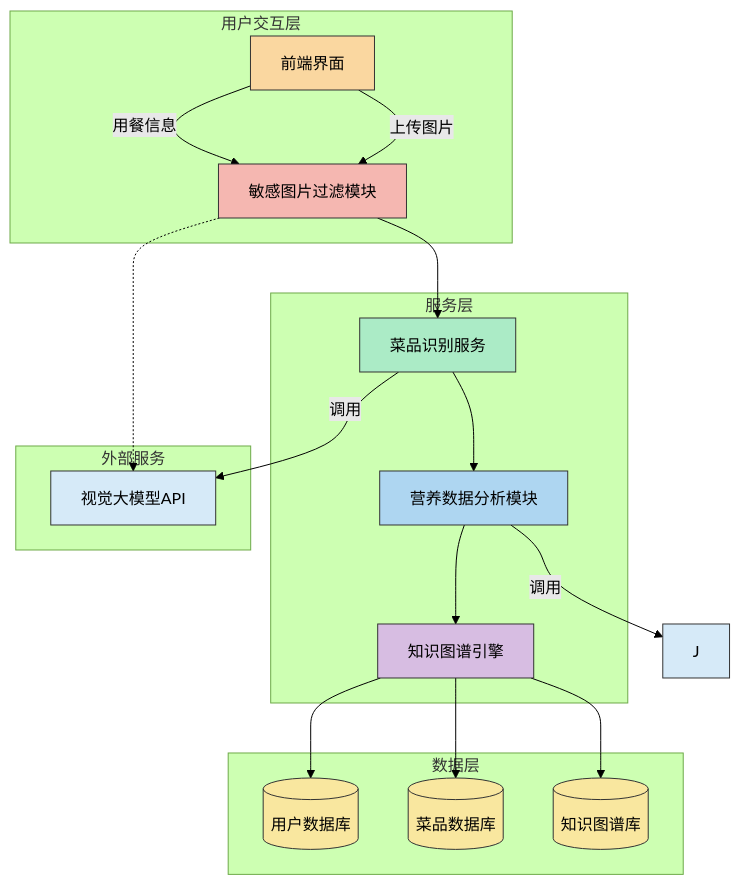
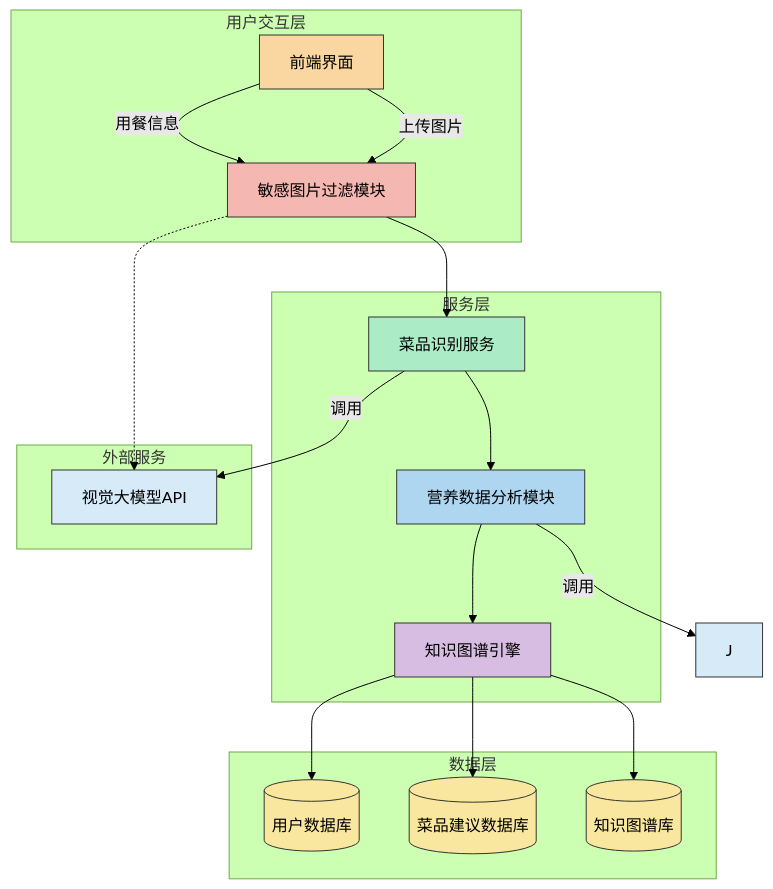
One commit to funnyData/iodraw-files changed the diagram in all/未命名-1.md. Above: the diagram before and after it, drawn with Mermaid (forest theme).

Commit message:
2025-03-19 16:51:21 update

````diff
--- a/all/未命名-1.md
+++ b/all/未命名-1.md
@@ -1,39 +1,38 @@
 ```mermaid
 %% 系统架构图（基于网页1/3/4/6的流程图语法优化）
 flowchart TD
     subgraph 用户交互层
         A[前端界面] -->|用餐信息| B[敏感图片过滤模块]
         style A fill:#FAD7A0,stroke:#333
         style B fill:#F5B7B1,stroke:#333
     end
 
     subgraph 服务层
         B --> C[菜品识别服务]
         C --> D[营养数据分析模块]
         D --> E[知识图谱引擎]
         style C fill:#ABEBC6,stroke:#333
         style D fill:#AED6F1,stroke:#333
         style E fill:#D7BDE2,stroke:#333
     end
 
     subgraph 数据层
         E --> F[(用户数据库)]
-        E --> G[(菜品数据库)]
+        E --> G[(菜品建议数据库)]
         E --> H[(知识图谱库)]
         style F fill:#F9E79F,stroke:#333,shape:cylinder
         style G fill:#F9E79F,stroke:#333,shape:cylinder
         style H fill:#F9E79F,stroke:#333,shape:cylinder
     end
 
     subgraph 外部服务
         B -.-> I[视觉大模型API]
-
         style I fill:#D6EAF8,stroke:#333
         style J fill:#D6EAF8,stroke:#333
     end
 
 
     A -->|上传图片| B
     C -->|调用| I
     D -->|调用| J
 ```
````
